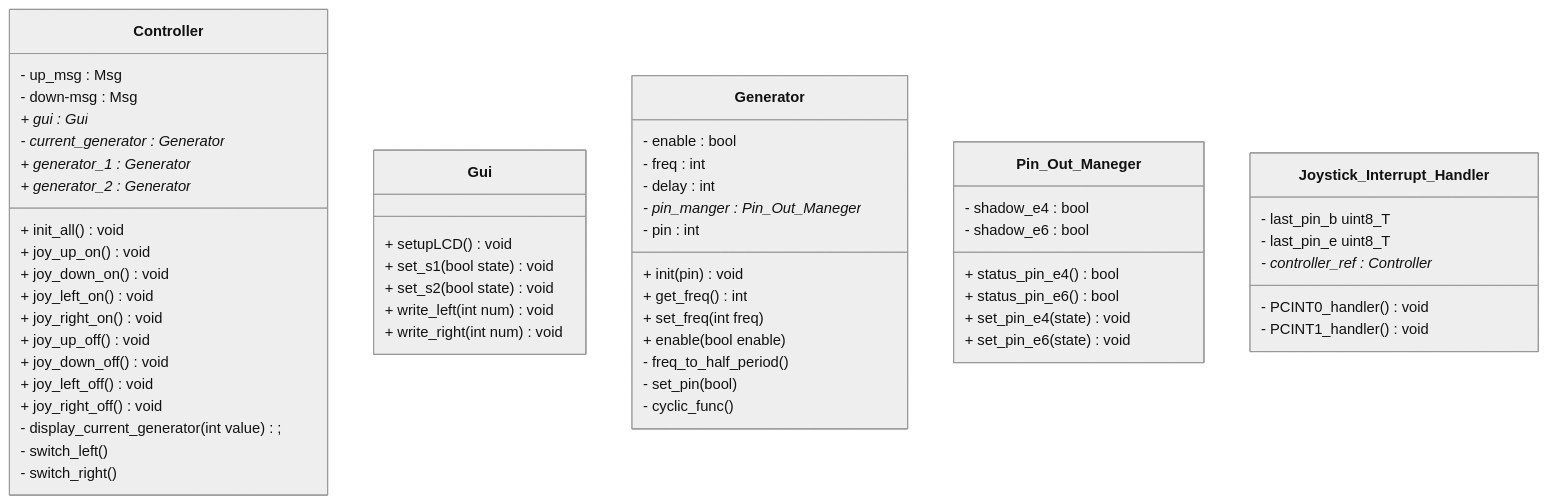
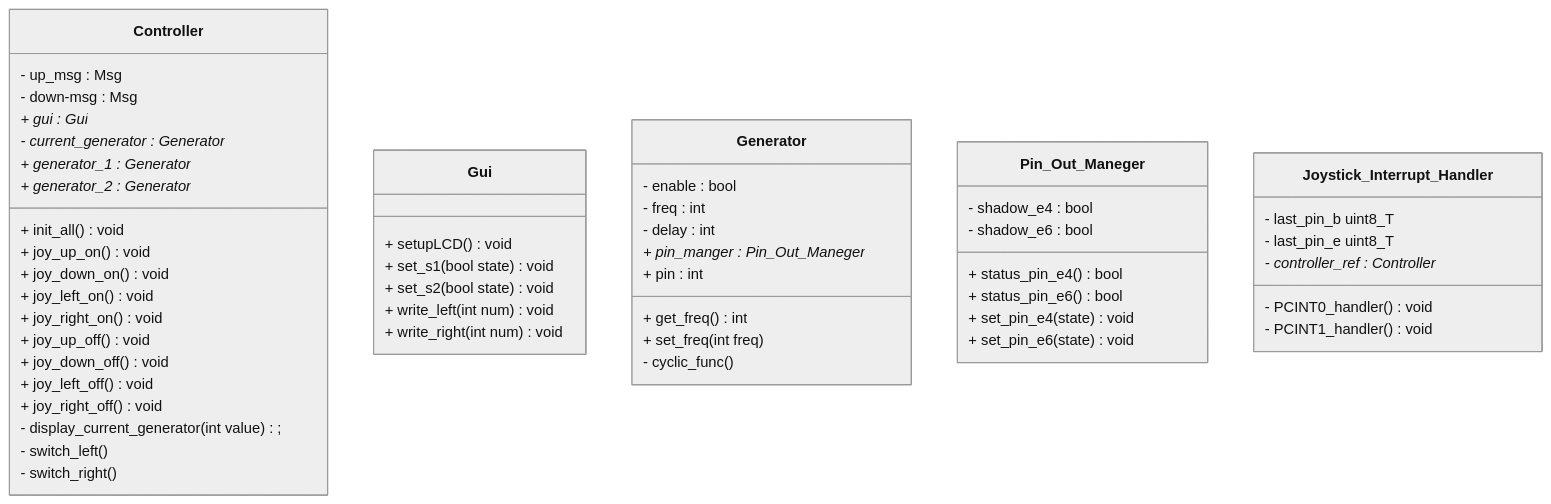
Before and after one commit to Spooky-Firefox/d0003e-lab-4: the diagram in readme.md, drawn with Mermaid (neutral theme). The commit also changed other lines of this file and 3 other files, not shown here.

````diff
--- a/readme.md
+++ b/readme.md
@@ -28,69 +27,65 @@
 ```mermaid
 classDiagram
 
     class Controller {
         - up_msg : Msg
         - down-msg : Msg
 
         + gui : Gui*
 
         - current_generator : Generator*
         + generator_1 : Generator*
         + generator_2 : Generator*
 
         + init_all() void
 
         + joy_up_on() void
         + joy_down_on() void
         + joy_left_on() void
         + joy_right_on() void
         + joy_up_off() void
         + joy_down_off() void
         + joy_left_off() void
         + joy_right_off() void
         - display_current_generator(int value);
         - switch_left()
         - switch_right()
     }
     
     class Gui{
         + setupLCD() void
         + set_s1(bool state) void
         + set_s2(bool state) void
         + write_left(int num) void
         + write_right(int num) void
     }
 
     class Generator {
         - enable : bool
         - freq : int
         - delay : int
-        - pin_manger : Pin_Out_Maneger*
-        - pin : int
+        + pin_manger : Pin_Out_Maneger*
+        + pin : int
 
-        + init(pin) void
         + get_freq() int
         + set_freq(int freq)
-        + enable(bool enable)
-        - freq_to_half_period()
-        - set_pin(bool)
         - cyclic_func()
     }
 
     class Pin_Out_Maneger {
         - shadow_e4 : bool
         - shadow_e6 : bool
         + status_pin_e4() bool
         + status_pin_e6() bool
         + set_pin_e4(state) void
         + set_pin_e6(state) void
     }
 
     class Joystick_Interrupt_Handler {
         - last_pin_b uint8_T
         - last_pin_e uint8_T
         - controller_ref : Controller*
         - PCINT0_handler() void
         - PCINT1_handler() void
     }
 ```
````
